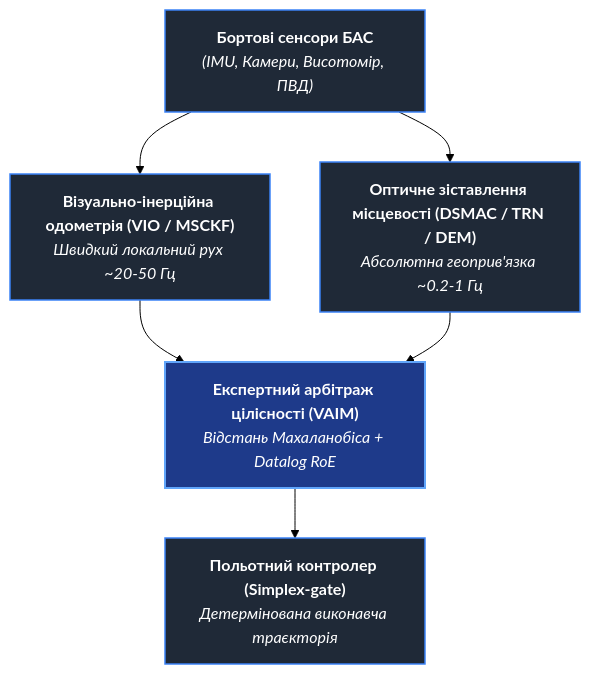
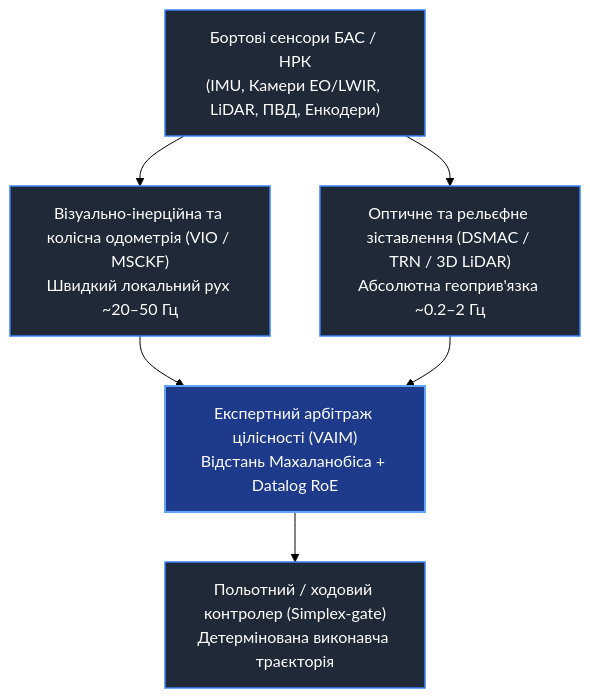
The first of 3 diagrams in MilTech/Autonomous-Navigation-GNSS-Denied-MilTech-UA.md (nick-fedchik/articles), drawn with Mermaid (forest theme) before and after one commit. The commit also changed other lines of this file and 12 other files, not shown here.

Commit message:
Refactor MilTech articles into standalone publications, enrich cybernetics math & L1-L4 verification, and ensure pure KaTeX/Mermaid compatibility

````diff
--- a/MilTech/Autonomous-Navigation-GNSS-Denied-MilTech-UA.md
+++ b/MilTech/Autonomous-Navigation-GNSS-Denied-MilTech-UA.md
@@ -22,16 +20,16 @@
 ```mermaid
 flowchart TD
-    Sensors["<b>Бортові сенсори БАС</b><br/><i>(IMU, Камери, Висотомір, ПВД)</i>"]
+    Sensors["Бортові сенсори БАС / НРК<br/>(IMU, Камери EO/LWIR, LiDAR, ПВД, Енкодери)"]
     
-    Sensors --> VIO["<b>Візуально-інерційна одометрія (VIO / MSCKF)</b><br/><i>Швидкий локальний рух ~20-50 Гц</i>"]
-    Sensors --> DSMAC["<b>Оптичне зіставлення місцевості (DSMAC / TRN / DEM)</b><br/><i>Абсолютна геоприв'язка ~0.2-1 Гц</i>"]
+    Sensors --> VIO["Візуально-інерційна та колісна одометрія (VIO / MSCKF)<br/>Швидкий локальний рух ~20–50 Гц"]
+    Sensors --> DSMAC["Оптичне та рельєфне зіставлення (DSMAC / TRN / 3D LiDAR)<br/>Абсолютна геоприв'язка ~0.2–2 Гц"]
     
-    VIO --> VAIM["<b>Експертний арбітраж цілісності (VAIM)</b><br/><i>Відстань Махаланобіса + Datalog RoE</i>"]
+    VIO --> VAIM["Експертний арбітраж цілісності (VAIM)<br/>Відстань Махаланобіса + Datalog RoE"]
     DSMAC --> VAIM
     
-    VAIM --> FC["<b>Польотний контролер (Simplex-gate)</b><br/><i>Детермінована виконавча траєкторія</i>"]
+    VAIM --> FC["Польотний / ходовий контролер (Simplex-gate)<br/>Детермінована виконавча траєкторія"]
     
     classDef default fill:#1f2937,stroke:#3b82f6,stroke-width:1.5px,color:#fff;
     classDef vaimNode fill:#1e3a8a,stroke:#60a5fa,stroke-width:2px,color:#fff;
     class VAIM vaimNode;
 ```
````
